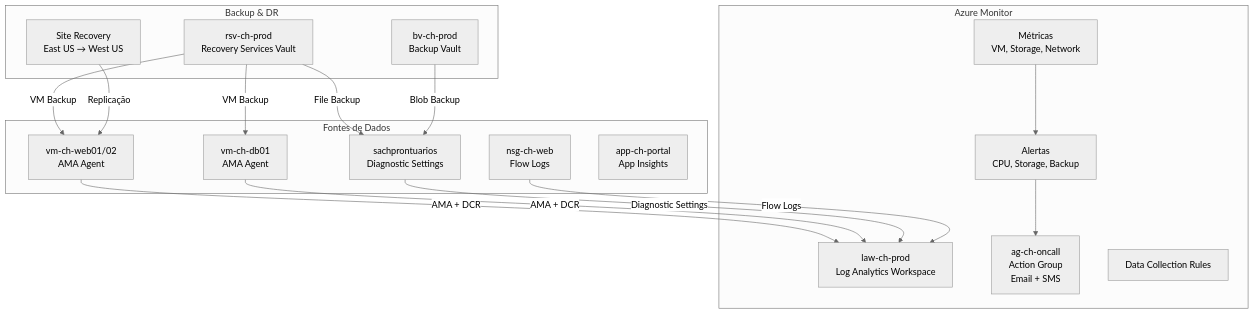
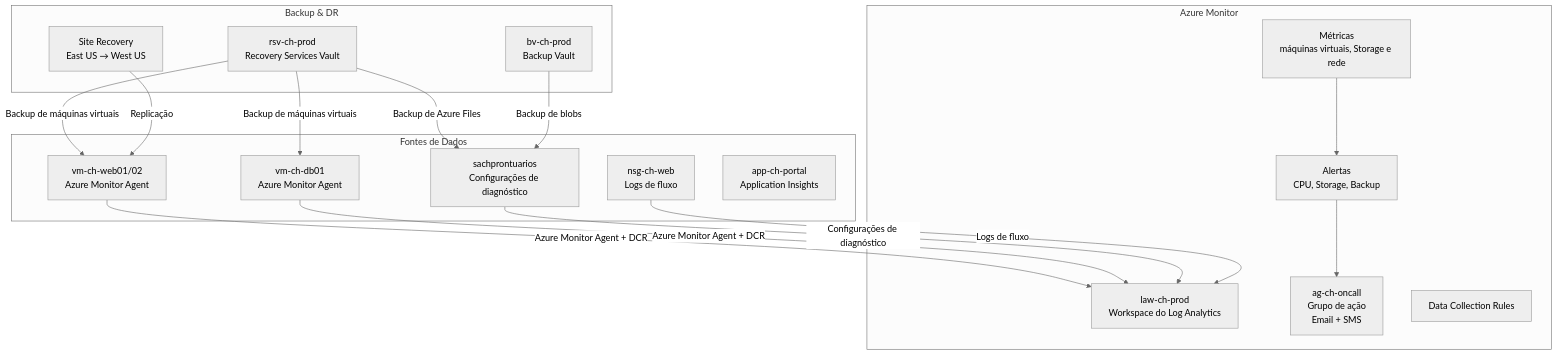
Before and after one commit to fabriciofs/az-104: the first of 3 diagrams in lab_novo/05-monitor-backup.md, drawn with Mermaid (neutral theme). The commit also changed other lines of this file and 7 other files, not shown here.

````diff
--- a/lab_novo/05-monitor-backup.md
+++ b/lab_novo/05-monitor-backup.md
@@ -6,34 +6,34 @@
 ```mermaid
 graph TB
     subgraph "Azure Monitor"
-        LAW[law-ch-prod<br/>Log Analytics Workspace]
-        METRICS[Métricas<br/>VM, Storage, Network]
+        LAW[law-ch-prod<br/>Workspace do Log Analytics]
+        METRICS[Métricas<br/>máquinas virtuais, Storage e rede]
         ALERTS[Alertas<br/>CPU, Storage, Backup]
-        AG[ag-ch-oncall<br/>Action Group<br/>Email + SMS]
+        AG[ag-ch-oncall<br/>Grupo de ação<br/>Email + SMS]
         DCR[Data Collection Rules]
     end
 
     subgraph "Fontes de Dados"
-        VM_W[vm-ch-web01/02<br/>AMA Agent]
-        VM_DB[vm-ch-db01<br/>AMA Agent]
-        SA_P[sachprontuarios<br/>Diagnostic Settings]
-        NSG_W[nsg-ch-web<br/>Flow Logs]
-        APP_S[app-ch-portal<br/>App Insights]
+        VM_W[vm-ch-web01/02<br/>Azure Monitor Agent]
+        VM_DB[vm-ch-db01<br/>Azure Monitor Agent]
+        SA_P[sachprontuarios<br/>Configurações de diagnóstico]
+        NSG_W[nsg-ch-web<br/>Logs de fluxo]
+        APP_S[app-ch-portal<br/>Application Insights]
     end
 
-    VM_W & VM_DB -->|AMA + DCR| LAW
-    SA_P -->|Diagnostic Settings| LAW
-    NSG_W -->|Flow Logs| LAW
+    VM_W & VM_DB -->|Azure Monitor Agent + DCR| LAW
+    SA_P -->|Configurações de diagnóstico| LAW
+    NSG_W -->|Logs de fluxo| LAW
     METRICS --> ALERTS --> AG
 
     subgraph "Backup & DR"
         RSV[rsv-ch-prod<br/>Recovery Services Vault]
         BV[bv-ch-prod<br/>Backup Vault]
         ASR[Site Recovery<br/>East US → West US]
     end
 
-    RSV -->|VM Backup| VM_W & VM_DB
-    RSV -->|File Backup| SA_P
-    BV -->|Blob Backup| SA_P
+    RSV -->|Backup de máquinas virtuais| VM_W & VM_DB
+    RSV -->|Backup de Azure Files| SA_P
+    BV -->|Backup de blobs| SA_P
     ASR -->|Replicação| VM_W
 ```
````
